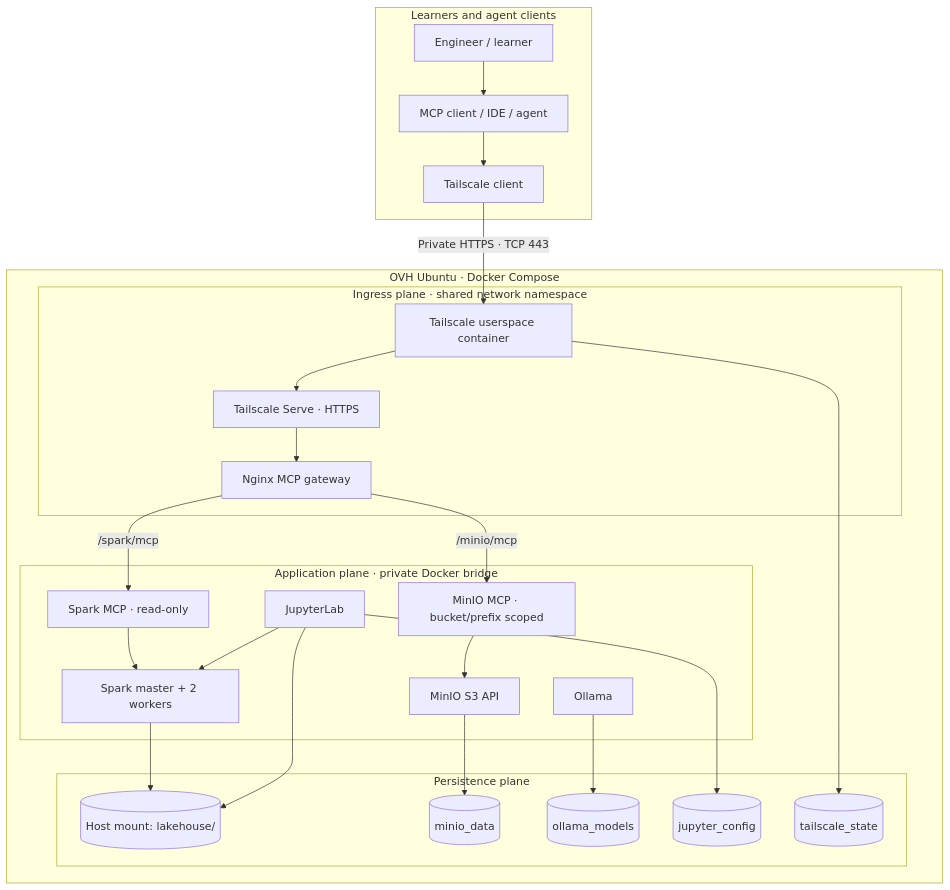
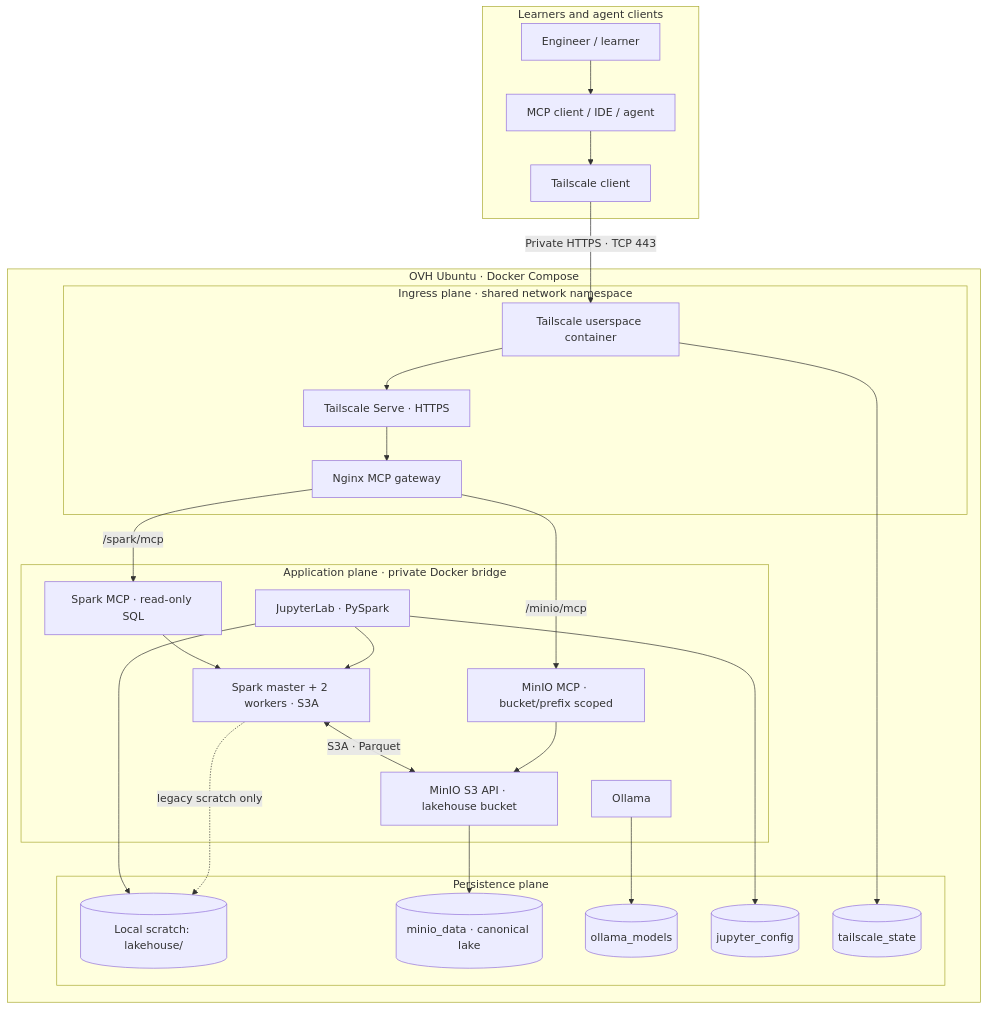
The first of 2 diagrams in docs/ARCHITECTURE.md (msellamiTN/spark-lakehouse-agent), drawn with Mermaid before and after one commit. The commit also changed other lines of this file, not shown here.

Commit message:
docs: update logical and deployment architecture to S3A MinIO

```diff
--- a/docs/ARCHITECTURE.md
+++ b/docs/ARCHITECTURE.md
@@ -19,44 +19,45 @@
 ~~~mermaid
 flowchart TB
   subgraph CLIENTS["Learners and agent clients"]
     USER["Engineer / learner"]
     HOST["MCP client / IDE / agent"]
     TSCLIENT["Tailscale client"]
     USER --> HOST --> TSCLIENT
   end
   TSCLIENT -->|"Private HTTPS · TCP 443"| TS
   subgraph OVH["OVH Ubuntu · Docker Compose"]
     subgraph EDGE["Ingress plane · shared network namespace"]
       TS["Tailscale userspace container"]
       SERVE["Tailscale Serve · HTTPS"]
       NGINX["Nginx MCP gateway"]
       TS --> SERVE --> NGINX
     end
     subgraph APP["Application plane · private Docker bridge"]
-      SMCP["Spark MCP · read-only"]
+      SMCP["Spark MCP · read-only SQL"]
       MMCP["MinIO MCP · bucket/prefix scoped"]
-      SPARK["Spark master + 2 workers"]
-      JUPYTER["JupyterLab"]
-      MINIO["MinIO S3 API"]
+      SPARK["Spark master + 2 workers · S3A"]
+      JUPYTER["JupyterLab · PySpark"]
+      MINIO["MinIO S3 API · lakehouse bucket"]
       OLLAMA["Ollama"]
       NGINX -->|"/spark/mcp"| SMCP
       NGINX -->|"/minio/mcp"| MMCP
       SMCP --> SPARK
       JUPYTER --> SPARK
+      SPARK <-->|"S3A · Parquet"| MINIO
       MMCP --> MINIO
     end
     subgraph PERSIST["Persistence plane"]
-      LAKE[("Host mount: lakehouse/")]
-      MNV[("minio_data")]
+      SCRATCH[("Local scratch: lakehouse/")]
+      MNV[("minio_data · canonical lake")]
       OLV[("ollama_models")]
       JCV[("jupyter_config")]
       TSV[("tailscale_state")]
     end
-    SPARK --> LAKE
-    JUPYTER --> LAKE
+    JUPYTER --> SCRATCH
+    SPARK -. "legacy scratch only" .-> SCRATCH
     MINIO --> MNV
     OLLAMA --> OLV
     JUPYTER --> JCV
     TS --> TSV
   end
 ~~~
```
